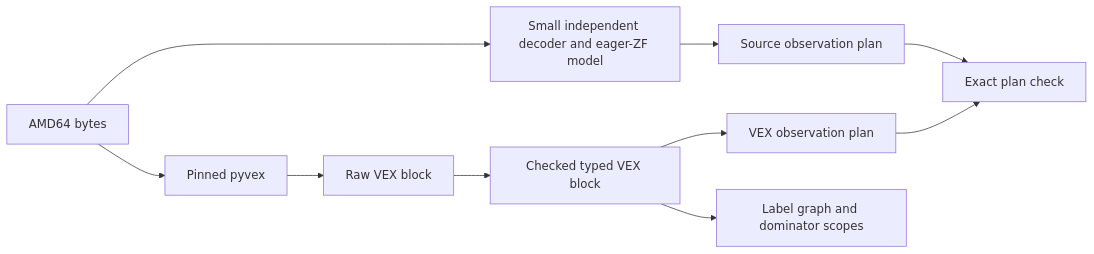
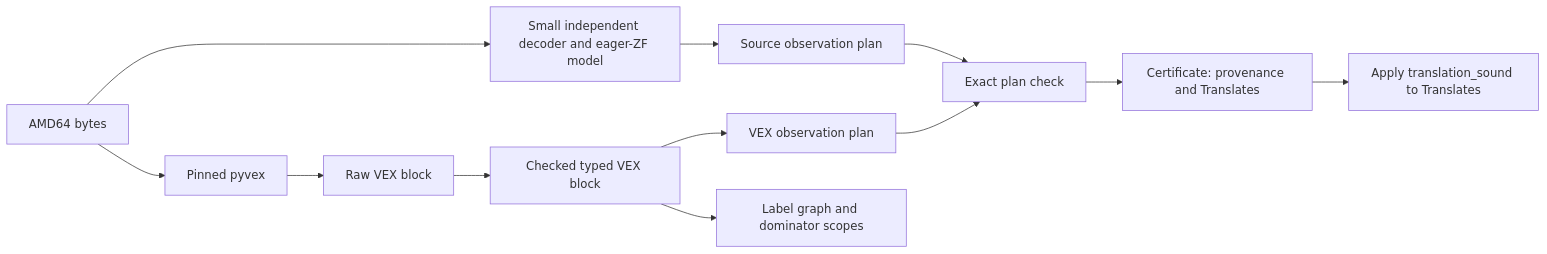
The diagram in docs/projects/vex.md (grish11/silmaril-lean), drawn with Mermaid before and after one commit. The commit also changed other lines of this file and 11 other files, not shown here.

````diff
--- a/docs/projects/vex.md
+++ b/docs/projects/vex.md
@@ -8,12 +24,14 @@
 ```mermaid
 flowchart LR
   B[AMD64 bytes] --> X[Small independent decoder and eager-ZF model]
   B --> P[Pinned pyvex]
   P --> R[Raw VEX block]
   R --> C[Checked typed VEX block]
   X --> SX[Source observation plan]
   C --> SV[VEX observation plan]
   SX --> V[Exact plan check]
   SV --> V
+  V --> W[Certificate: provenance and Translates]
+  W --> S[Apply translation_sound to Translates]
   C --> G[Label graph and dominator scopes]
 ```
````
